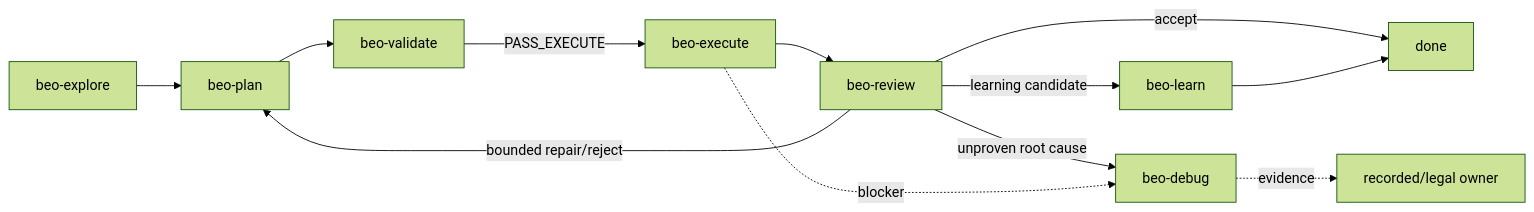
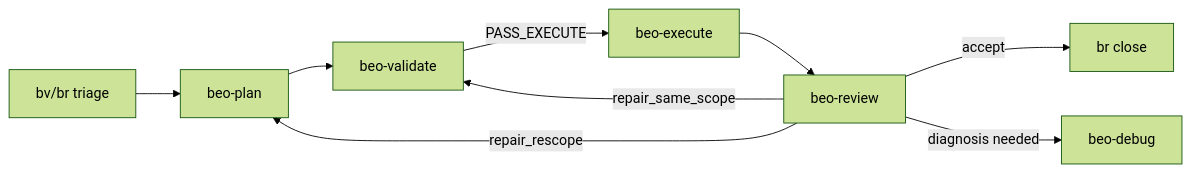
One commit to minhtri2710/skills changed the diagram in README.md. Above: the diagram before and after it, drawn with Mermaid (forest theme). The commit also changed other lines of this file and 70 other files, not shown here.

````diff
--- a/README.md
+++ b/README.md
@@ -5,14 +5,11 @@
 ```mermaid
 flowchart LR
-    explore[beo-explore] --> plan[beo-plan]
+    beads[bv/br triage] --> plan[beo-plan]
     plan --> validate[beo-validate]
     validate -->|PASS_EXECUTE| execute[beo-execute]
     execute --> review[beo-review]
-    review -->|accept| done[done]
-    review -->|learning candidate| learn[beo-learn]
-    review -->|unproven root cause| debug[beo-debug]
-    review -->|bounded repair/reject| plan
-    learn --> done
-    execute -. blocker .-> debug
-    debug -. evidence .-> owner[recorded/legal owner]
+    review -->|accept| close[br close]
+    review -->|diagnosis needed| debug[beo-debug]
+    review -->|repair_same_scope| validate
+    review -->|repair_rescope| plan
 ```
````
